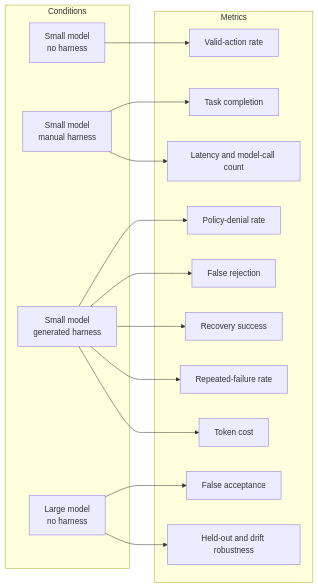
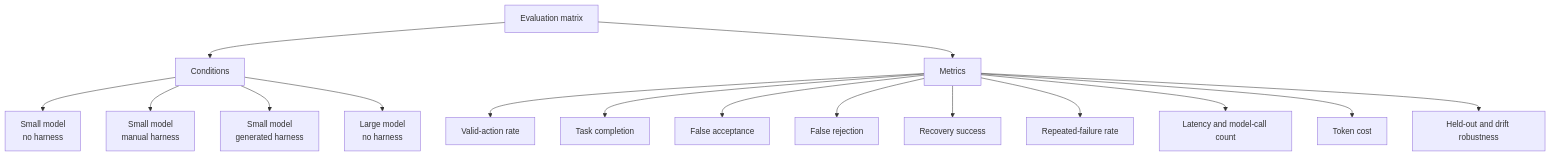
Before and after one commit to rmax-ai/rmax-ai.github.io: the third of 4 diagrams in notes/automatic-harness-synthesis/index.md, drawn with Mermaid. The commit also changed other lines of this file and 1 other file, not shown here.

Commit message:
fix: add inline links, linked references, fix metrics diagram, tighten positioning

````diff
--- a/notes/automatic-harness-synthesis/index.md
+++ b/notes/automatic-harness-synthesis/index.md
@@ -137,33 +139,22 @@
 ```mermaid
-flowchart LR
-    subgraph Conditions
-        A[Small model<br/>no harness]
-        B[Small model<br/>manual harness]
-        C[Small model<br/>generated harness]
-        D[Large model<br/>no harness]
-    end
+flowchart TD
+    A[Evaluation matrix]
 
-    subgraph Metrics
-        E[Valid-action rate]
-        F[Task completion]
-        G[Policy-denial rate]
-        H[False acceptance]
-        I[False rejection]
-        J[Recovery success]
-        K[Repeated-failure rate]
-        L[Latency and model-call count]
-        M[Token cost]
-        N[Held-out and drift robustness]
-    end
+    A --> B[Conditions]
+    A --> C[Metrics]
 
-    A --> E
-    B --> F
-    C --> G
-    D --> H
-    C --> I
-    C --> J
-    C --> K
-    B --> L
-    C --> M
-    D --> N
+    B --> B1[Small model<br/>no harness]
+    B --> B2[Small model<br/>manual harness]
+    B --> B3[Small model<br/>generated harness]
+    B --> B4[Large model<br/>no harness]
+
+    C --> C1[Valid-action rate]
+    C --> C2[Task completion]
+    C --> C3[False acceptance]
+    C --> C4[False rejection]
+    C --> C5[Recovery success]
+    C --> C6[Repeated-failure rate]
+    C --> C7[Latency and model-call count]
+    C --> C8[Token cost]
+    C --> C9[Held-out and drift robustness]
 ```
````
